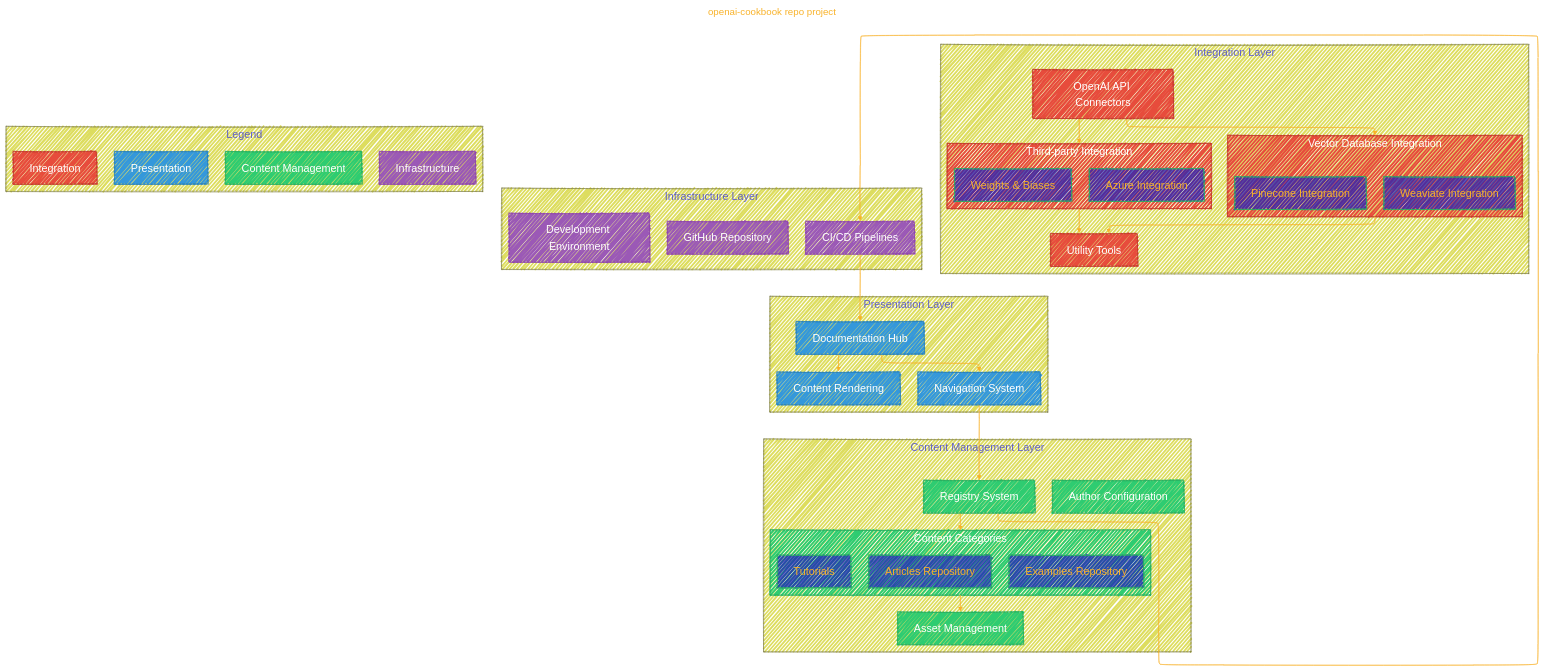
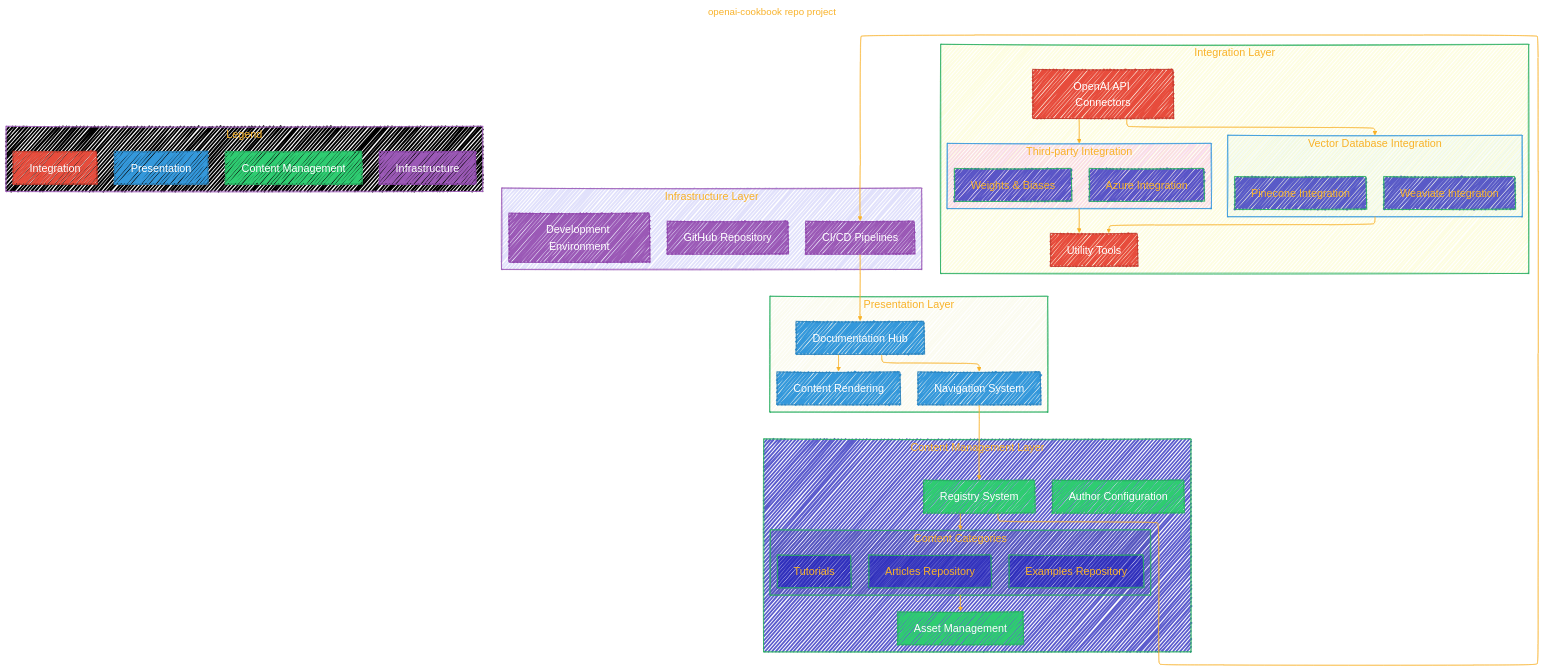
Before and after one commit to CongLeSolutionX/ArchExplorer: the first of 2 diagrams in OPENAI/openai-cookbook_repo_project.md, drawn with Mermaid.

Commit message:
update notes

```diff
--- a/OPENAI/openai-cookbook_repo_project.md
+++ b/OPENAI/openai-cookbook_repo_project.md
@@ -69,41 +69,51 @@
 }%%
 flowchart TB
     subgraph PL[Presentation Layer]
+    style PL fill:#BB21,stroke:#27ae60,color:#F8B229
         DH[Documentation Hub]
         NS[Navigation System]
         CR[Content Rendering]
     end
 
-    subgraph CML[Content Management Layer]
+    subgraph CML["Content Management Layer"]
+    style CML fill:#22BB,stroke:#27ae60,color:#F8B229
         RS["Registry System"]
         click RS "https://github.com/openai/openai-cookbook/blob/main/registry.yaml"
         
-        subgraph CC[Content Categories]
+        subgraph CC["Content Categories"]
+        style CC fill:#55BB,stroke:#27ae60,color:#F8B229
             AR["Articles Repository"]
             click AR "https://github.com/openai/openai-cookbook/tree/main/articles/"
+            
             EX["Examples Repository"]
             click EX "https://github.com/openai/openai-cookbook/tree/main/examples/"
             TU[Tutorials]
         end
         
         AM[Asset Management]
+        
         AC["Author Configuration"]
         click AC "https://github.com/openai/openai-cookbook/blob/main/authors.yaml"
     end
 
-    subgraph IL[Integration Layer]
-        OAI[OpenAI API Connectors]
+    subgraph IL["Integration Layer"]
+    style IL fill:#EE22,stroke:#27ae60,color:#F8B229
+        OAI["OpenAI API Connectors"]
         
-        subgraph VDI[Vector Database Integration]
+        subgraph VDI["Vector Database Integration"]
+        style VDI fill:#ADD2,stroke:#3498db,color:#F8B229
             PIN["Pinecone Integration"]
             click PIN "https://github.com/openai/openai-cookbook/tree/main/examples/vector_databases/pinecone/"
+            
             WEA["Weaviate Integration"]
             click WEA "https://github.com/openai/openai-cookbook/tree/main/examples/vector_databases/weaviate/"
         end
         
-        subgraph TPI[Third-party Integration]
+        subgraph TPI["Third-party Integration"]
+        style TPI fill:#D2D2,stroke:#3498db,color:#F8B229
             WAN["Weights & Biases"]
             click WAN "https://github.com/openai/openai-cookbook/blob/main/examples/third_party/GPT_finetuning_with_wandb.ipynb"
+            
             AZ["Azure Integration"]
             click AZ "https://github.com/openai/openai-cookbook/tree/main/examples/azure/"
         end
@@ -112,11 +122,14 @@
         click UT "https://github.com/openai/openai-cookbook/blob/main/examples/utils/embeddings_utils.py"
     end
 
-    subgraph INF[Infrastructure Layer]
+    subgraph INF["Infrastructure Layer"]
+    style INF fill:#22D2,stroke:#9b59b6,color:#F8B229
         GH["GitHub Repository"]
+        
         CI["CI/CD Pipelines"]
         click CI "https://github.com/openai/openai-cookbook/blob/main/.github/workflows/build-website.yaml"
-        DE[Development Environment]
+        
+        DE["Development Environment"]
     end
 
     %% Relationships
@@ -144,7 +157,8 @@
     class GH,CI,DE infrastructure
 
     %% Legend
-    subgraph Legend
+    subgraph Legend["Legend"]
+    style Legend fill:#000,stroke:#9b59b6,color:#F8B229
         P[Presentation]:::presentation
         C[Content Management]:::content
         I[Integration]:::integration
```
